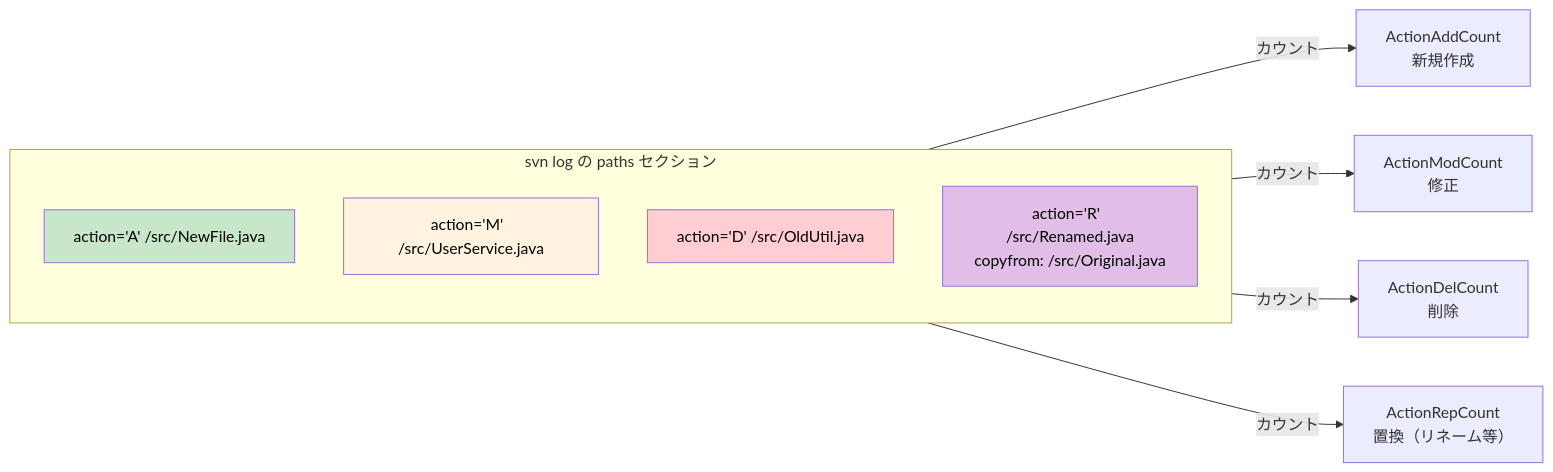
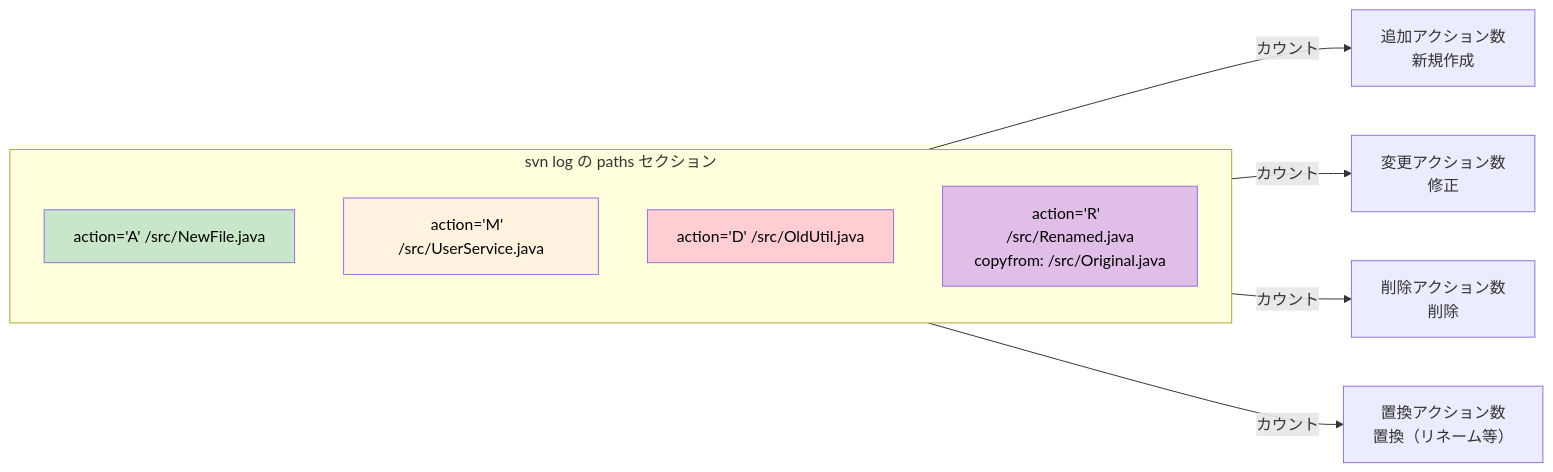
Before and after one commit to horiyamayoh/NarutoCode: the fifth of 15 diagrams in docs/metrics_guide.md, drawn with Mermaid. The commit also changed other lines of this file and 4 other files, not shown here.

````diff
--- a/docs/metrics_guide.md
+++ b/docs/metrics_guide.md
@@ -210,20 +210,20 @@
 ```mermaid
 flowchart LR
     subgraph LOG["svn log の paths セクション"]
         direction TB
         PA["action='A'  /src/NewFile.java"]
         PM["action='M'  /src/UserService.java"]
         PD["action='D'  /src/OldUtil.java"]
         PR["action='R'  /src/Renamed.java\ncopyfrom: /src/Original.java"]
     end
 
-    PA -->|カウント| ACTA["ActionAddCount\n新規作成"]
-    PM -->|カウント| ACTM["ActionModCount\n修正"]
-    PD -->|カウント| ACTD["ActionDelCount\n削除"]
-    PR -->|カウント| ACTR["ActionRepCount\n置換（リネーム等）"]
+    PA -->|カウント| ACTA["追加アクション数\n新規作成"]
+    PM -->|カウント| ACTM["変更アクション数\n修正"]
+    PD -->|カウント| ACTD["削除アクション数\n削除"]
+    PR -->|カウント| ACTR["置換アクション数\n置換（リネーム等）"]
 
     style PA fill:#c8e6c9,color:#000
     style PM fill:#fff3e0,color:#000
     style PD fill:#ffcdd2,color:#000
     style PR fill:#e1bee7,color:#000
 ```
````
